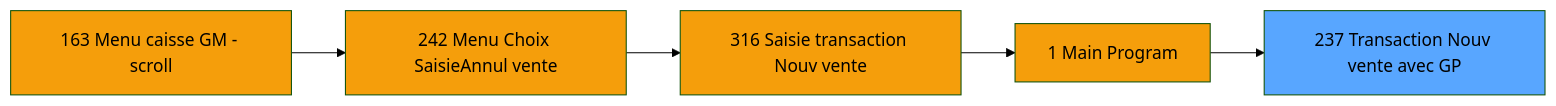
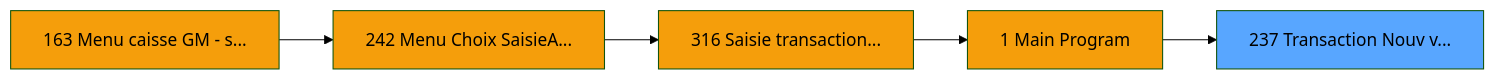
One commit to thonyAGP/lecteur-magic changed the third of 4 diagrams in .openspec/specs/ADH-IDE-237.md. Above: the diagram before and after it, drawn with Mermaid (forest theme). The commit also changed other lines of this file and 36 other files, not shown here.

First line of the commit message:
feat(pipeline): ticket pipeline v2.0 hybrid architecture

````diff
--- a/.openspec/specs/ADH-IDE-237.md
+++ b/.openspec/specs/ADH-IDE-237.md
@@ -913,17 +1113,17 @@
 ```mermaid
 graph LR
-    T237[237 Transaction Nouv vente avec GP]
+    T237[237 Transaction Nouv v...]
     style T237 fill:#58a6ff
-    CC163[163 Menu caisse GM - scroll]
+    CC163[163 Menu caisse GM - s...]
     style CC163 fill:#f59e0b
-    CC242[242 Menu Choix SaisieAnnul vente]
+    CC242[242 Menu Choix SaisieA...]
     style CC242 fill:#f59e0b
     CC163 --> CC242
-    CC316[316 Saisie transaction Nouv vente]
+    CC316[316 Saisie transaction...]
     style CC316 fill:#f59e0b
     CC242 --> CC316
     CC1[1 Main Program]
     style CC1 fill:#f59e0b
     CC316 --> CC1
     CC1 --> T237
 ```
````
